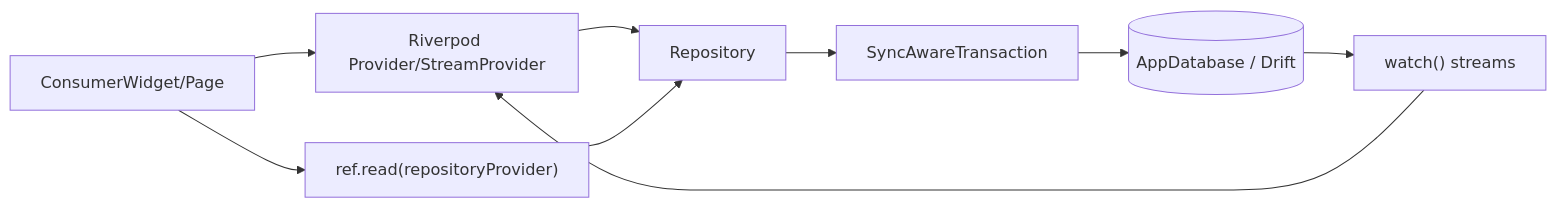
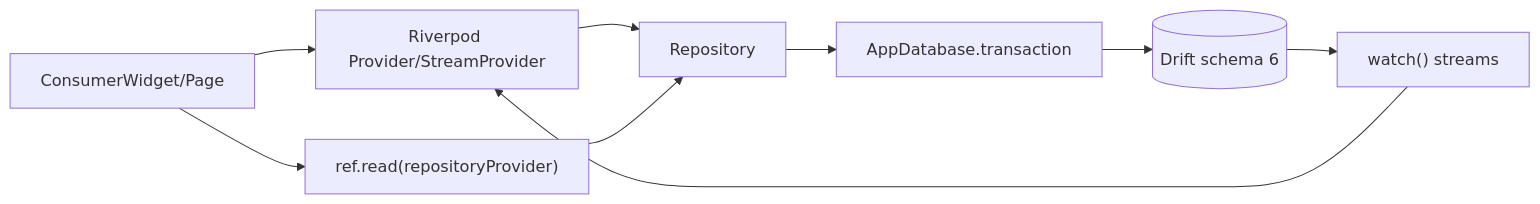
Before and after one commit to FedericoGR/Backlog-Vault: the second of 3 diagrams in docs/architecture/current_architecture.md, drawn with Mermaid. The commit also changed other lines of this file and 12 other files, not shown here.

````diff
--- a/docs/architecture/current_architecture.md
+++ b/docs/architecture/current_architecture.md
@@ -18,11 +28,11 @@
 ```mermaid
 flowchart LR
   View["ConsumerWidget/Page"] --> Provider["Riverpod Provider/StreamProvider"]
   View --> RepoDirect["ref.read(repositoryProvider)"]
   Provider --> Repo["Repository"]
   RepoDirect --> Repo
-  Repo --> SyncTx["SyncAwareTransaction"]
-  SyncTx --> Drift[("AppDatabase / Drift")]
+  Repo --> Tx["AppDatabase.transaction"]
+  Tx --> Drift[("Drift schema 6")]
   Drift --> Streams["watch() streams"]
   Streams --> Provider
 ```
````
